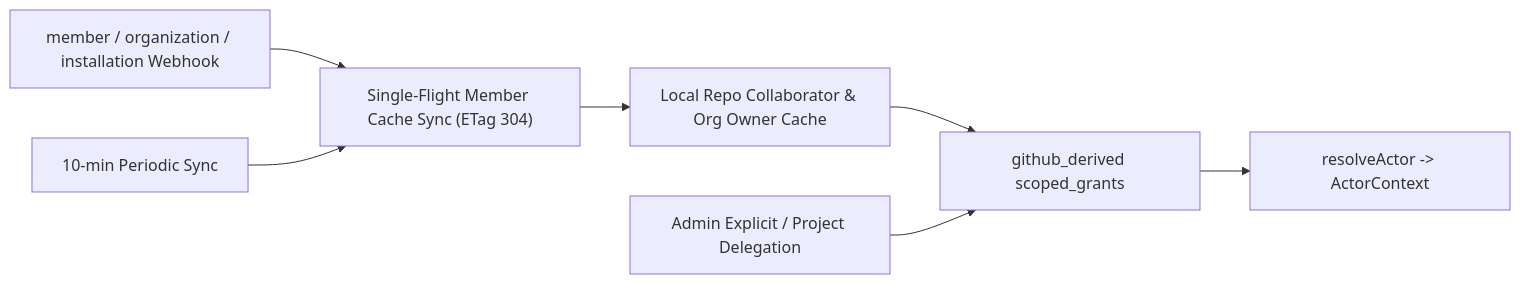
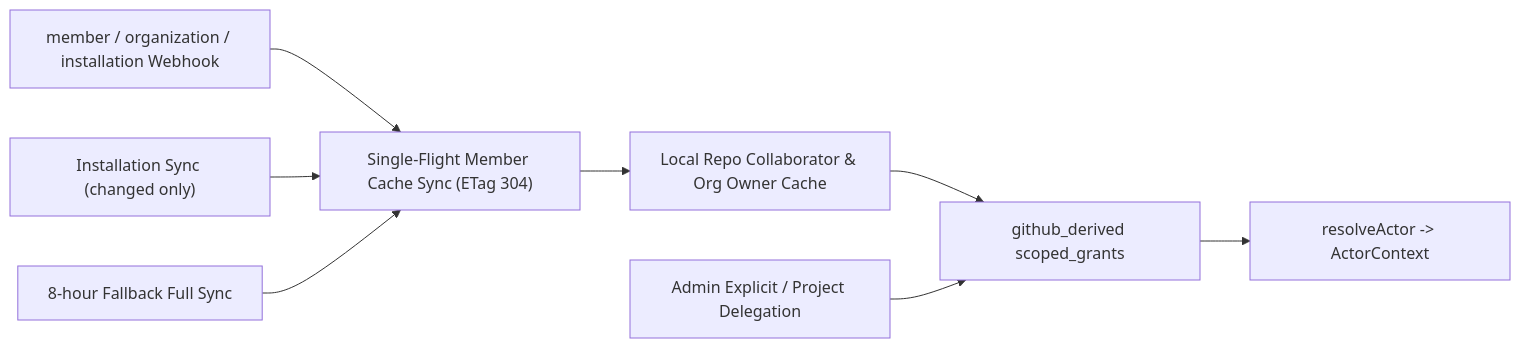
Before and after one commit to agent-CI-Infra/bot: the diagram in docs/design/identity-and-installations.md, drawn with Mermaid. The commit also changed other lines of this file and 13 other files, not shown here.

````diff
--- a/docs/design/identity-and-installations.md
+++ b/docs/design/identity-and-installations.md
@@ -27,9 +27,10 @@
 ```mermaid
 flowchart LR
   Webhook["member / organization / installation Webhook"] --> Sync["Single-Flight Member Cache Sync (ETag 304)"]
-  Timer["10-min Periodic Sync"] --> Sync
+  Install["Installation Sync (changed only)"] --> Sync
+  Timer["8-hour Fallback Full Sync"] --> Sync
   Sync --> Cache["Local Repo Collaborator & Org Owner Cache"]
   Cache --> Grants["github_derived scoped_grants"]
   Manual["Admin Explicit / Project Delegation"] --> Grants
   Grants --> Actor["resolveActor -> ActorContext"]
 ```
````
